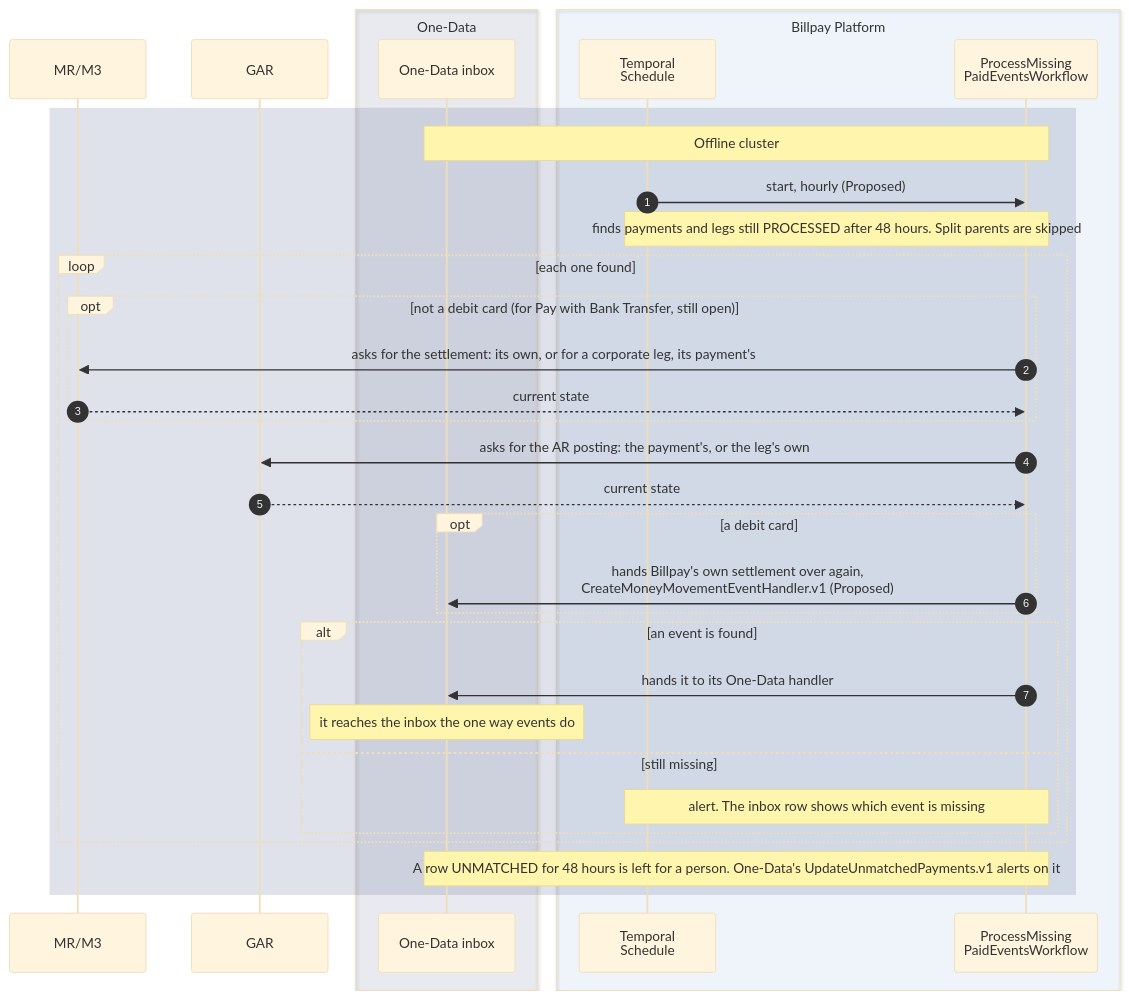
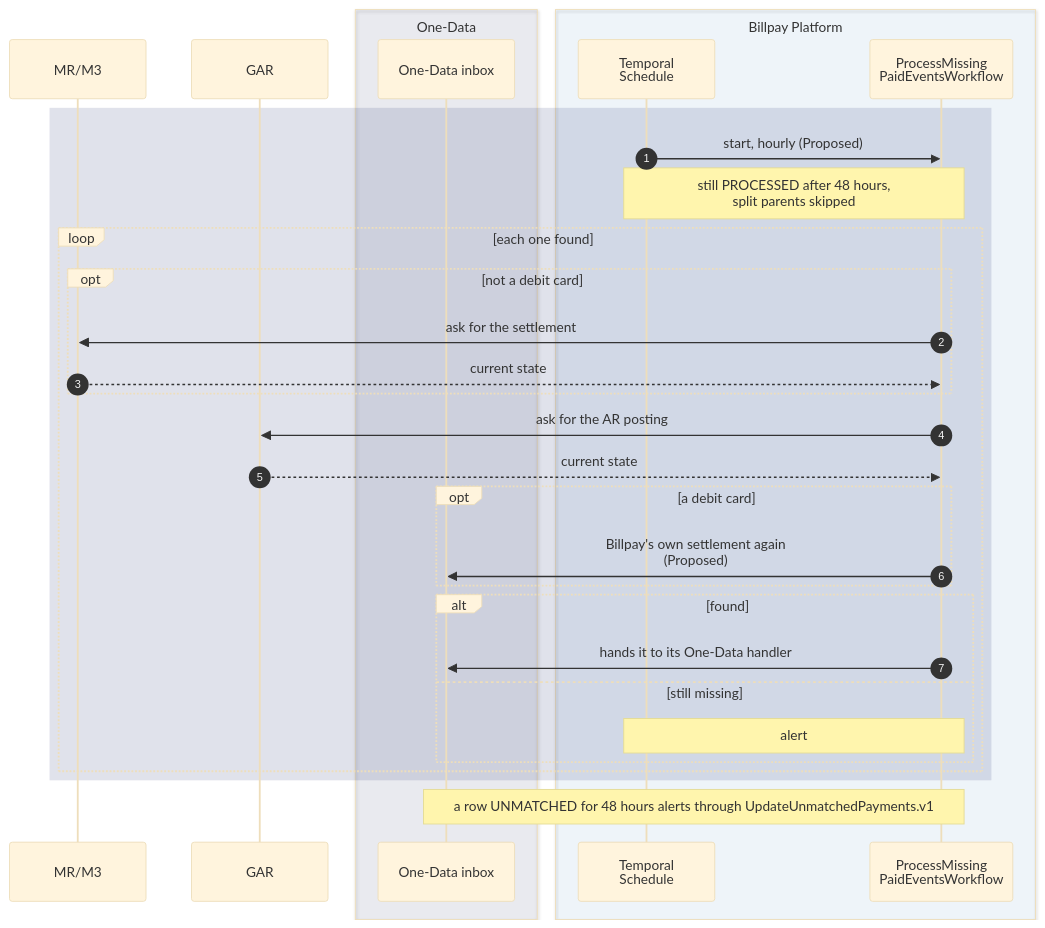
Before and after one commit to arunav-bhattacharya/billpay-book: diagram 11 of 16 in website/docs/design/sequence-diagrams.md, drawn with Mermaid (base theme). The commit also changed other lines of this file and 43 other files, not shown here.

First line of the commit message:
One sequence-diagram style; journeys editable as YAML

````diff
--- a/website/docs/design/sequence-diagrams.md
+++ b/website/docs/design/sequence-diagrams.md
@@ -742,45 +613,44 @@
 ```mermaid
 ---
 config:
   fontFamily: "BentonSansUI, Helvetica, Arial, sans-serif"
   fontSize: 15
 ---
 sequenceDiagram
   autonumber
 
   participant MM as MR/M3
   participant GAR
 
   box rgba(0,23,90,0.07) One-Data
     participant IN as One-Data inbox
   end
 
   box rgba(0,111,207,0.05) Billpay Platform
     participant SCH as Temporal<br/>Schedule
     participant WF as ProcessMissing<br/>PaidEventsWorkflow
   end
 
   rect rgba(0,23,90,0.12)
-    Note over IN,WF: Offline cluster
     SCH->>WF: start, hourly (Proposed)
-    Note over SCH,WF: finds payments and legs still PROCESSED after 48 hours. Split parents are skipped
+    Note over SCH,WF: still PROCESSED after 48 hours,<br/>split parents skipped
     loop each one found
-      opt not a debit card (for Pay with Bank Transfer, still open)
-        WF->>MM: asks for the settlement: its own, or for a corporate leg, its payment's
+      opt not a debit card
+        WF->>MM: ask for the settlement
         MM-->>WF: current state
       end
-      WF->>GAR: asks for the AR posting: the payment's, or the leg's own
+      WF->>GAR: ask for the AR posting
       GAR-->>WF: current state
       opt a debit card
-        WF->>IN: hands Billpay's own settlement over again,<br/>CreateMoneyMovementEventHandler.v1 (Proposed)
+        WF->>IN: Billpay's own settlement again<br/>(Proposed)
       end
-      alt an event is found
+      alt found
         WF->>IN: hands it to its One-Data handler
-        Note over IN: it reaches the inbox the one way events do
       else still missing
-        Note over SCH,WF: alert. The inbox row shows which event is missing
+        Note over SCH,WF: alert
       end
     end
-    Note over IN,WF: A row UNMATCHED for 48 hours is left for a person. One-Data's UpdateUnmatchedPayments.v1 alerts on it
   end
+
+  Note over IN,WF: a row UNMATCHED for 48 hours alerts through UpdateUnmatchedPayments.v1
 ```
````
